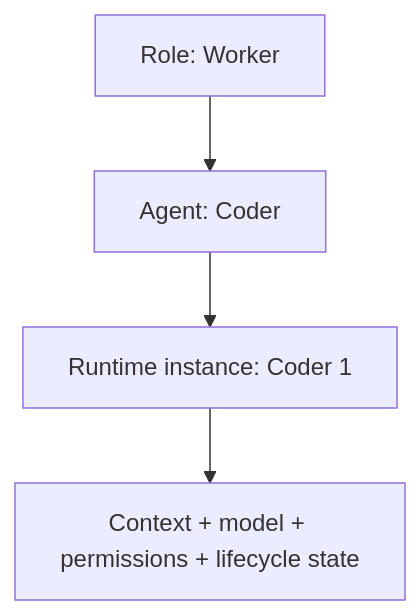
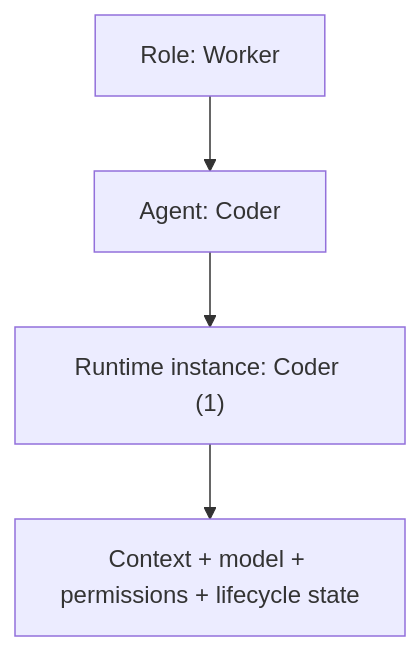
One commit to starodubtsevconsulting/ai-workflows changed the second of 5 diagrams in README.md. Above: the diagram before and after it, drawn with Mermaid. The commit also changed other lines of this file, not shown here.

Commit message:
Use contextual knowledge terminology for Agent handoff

````diff
--- a/README.md
+++ b/README.md
@@ -38,6 +42,6 @@
 ```mermaid
 flowchart TD
   Role["Role: Worker"] --> Agent["Agent: Coder"]
-  Agent --> Runtime["Runtime instance: Coder 1"]
+  Agent --> Runtime["Runtime instance: Coder (1)"]
   Runtime --> Config["Context + model + permissions + lifecycle state"]
 ```
````
